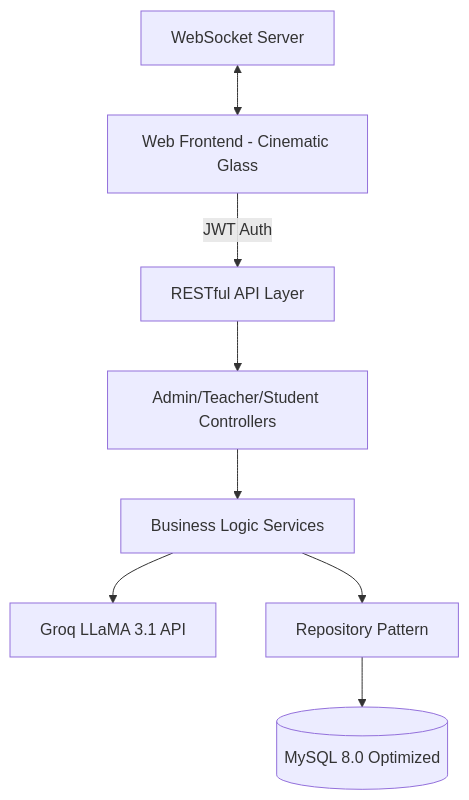
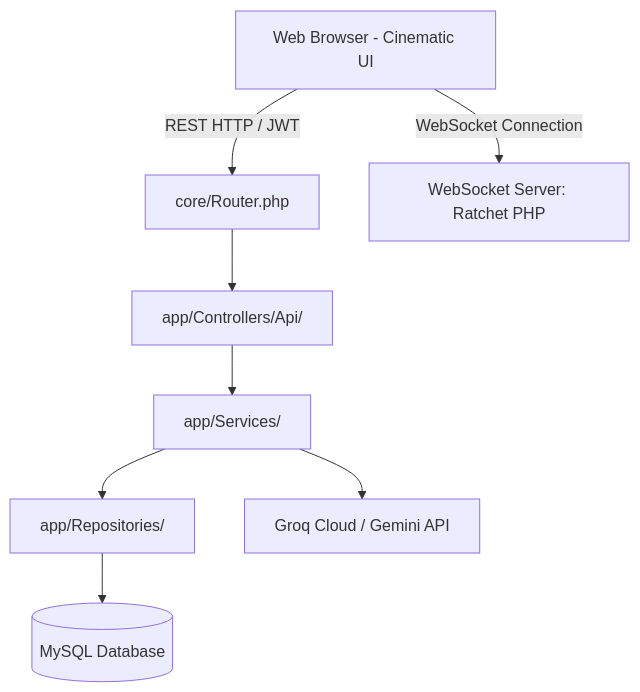
One commit to hieule52/ai-study-hub-v2 changed the diagram in readme.md. Above: the diagram before and after it, drawn with Mermaid. The commit also changed other lines of this file and 42 other files, not shown here.

````diff
--- a/readme.md
+++ b/readme.md
@@ -53,11 +66,10 @@
 ```mermaid
 graph TD
-    Client[Web Frontend - Cinematic Glass] -->|JWT Auth| API[RESTful API Layer]
-    API --> Controller[Admin/Teacher/Student Controllers]
-    Controller --> Service[Business Logic Services]
-    Service --> AI[Groq LLaMA 3.1 API]
-    Service --> Repo[Repository Pattern]
-    Repo --> DB[(MySQL 8.0 Optimized)]
-    
-    Socket[WebSocket Server] <--> Client
+    Client[Web Browser - Cinematic UI] -->|REST HTTP / JWT| Router[core/Router.php]
+    Client -->|WebSocket Connection| WS[WebSocket Server: Ratchet PHP]
+    Router --> Controllers[app/Controllers/Api/]
+    Controllers --> Services[app/Services/]
+    Services --> Repositories[app/Repositories/]
+    Repositories --> DB[(MySQL Database)]
+    Services --> AI[Groq Cloud / Gemini API]
 ```
````
